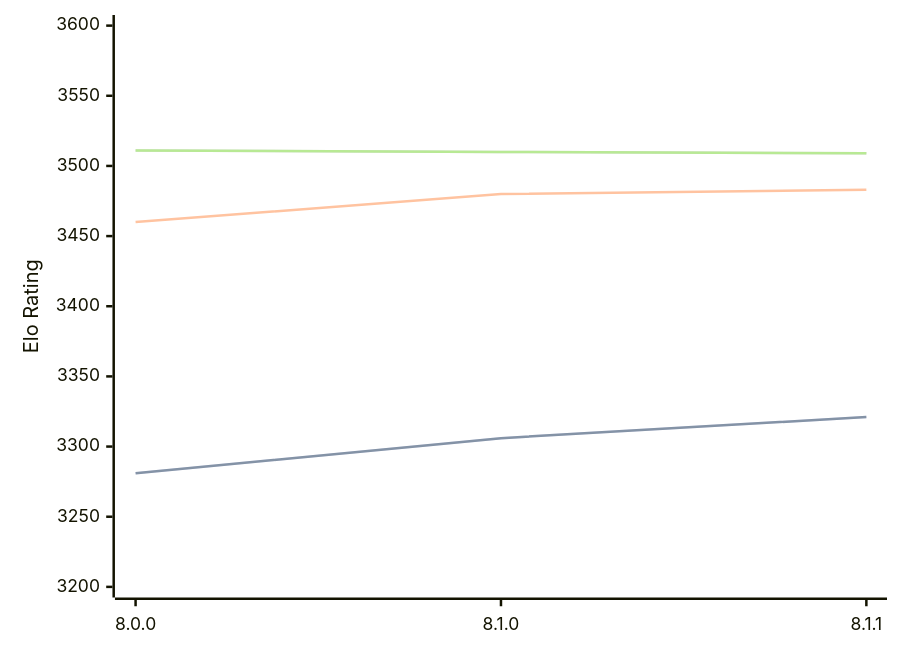
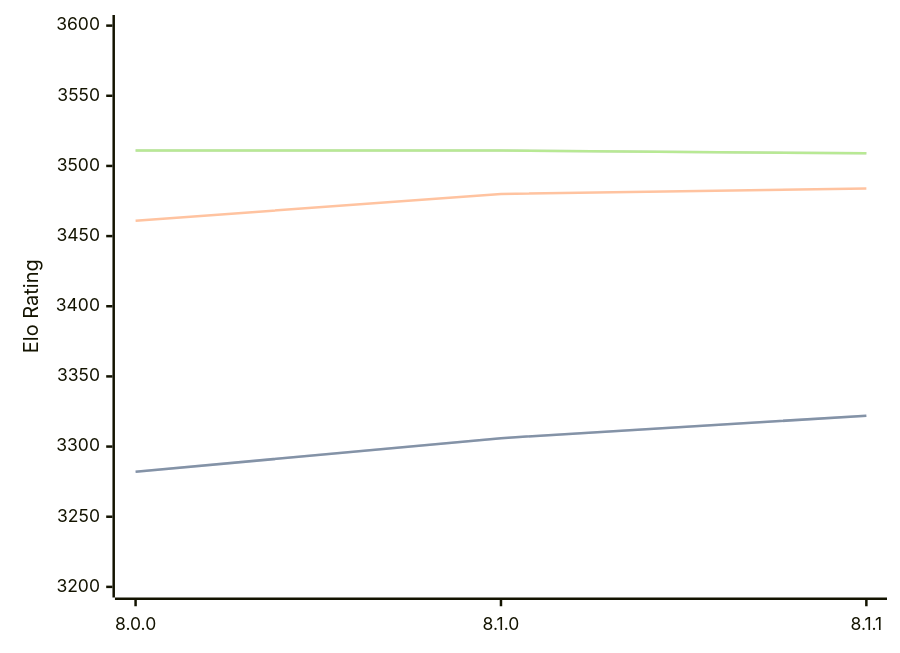
One commit to computer-chess-index/cci changed the diagram in engines/Velvet.md. Above: the diagram before and after it, drawn with Mermaid. The commit also changed other lines of this file, not shown here.

Commit message:
Update CCI Ratings (ELO VLTC) - 2026-05-01

````diff
--- a/engines/Velvet.md
+++ b/engines/Velvet.md
@@ -57,11 +57,11 @@
 ```mermaid
 %%{init: {"theme":"base","themeVariables":{"seriesColors:['#a3a3a3','#222221','#faa371']}}}%%
 xychart-beta
   x-axis ["8.0.0", "8.1.0", "8.1.1"]
   y-axis "Elo Rating" 3200 --> 3600
-  line "STC (8.0+0.08s)" [3281, 3306, 3321]
-  line "STC (8.0+0.08s)" [3281, 3306, 3321]
-  line "LTC (60.0+0.60s)" [3460, 3480, 3483]
-  line "VLTC (2m24s+1.12s)" [3511, 3510, 3509]
-  line "VLTC (2m24s+1.12s)" [3511, 3510, 3509]
+  line "STC (8.0+0.08s)" [3282, 3306, 3322]
+  line "STC (8.0+0.08s)" [3282, 3306, 3322]
+  line "LTC (60.0+0.60s)" [3461, 3480, 3484]
+  line "VLTC (2m24s+1.12s)" [3511, 3511, 3509]
+  line "VLTC (2m24s+1.12s)" [3511, 3511, 3509]
 ```
````
